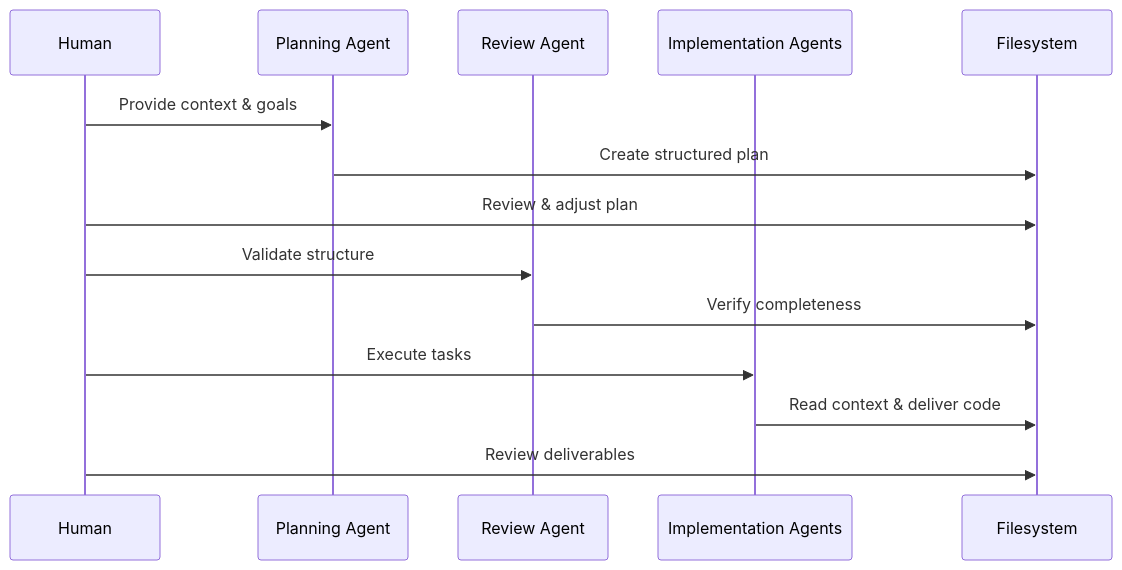
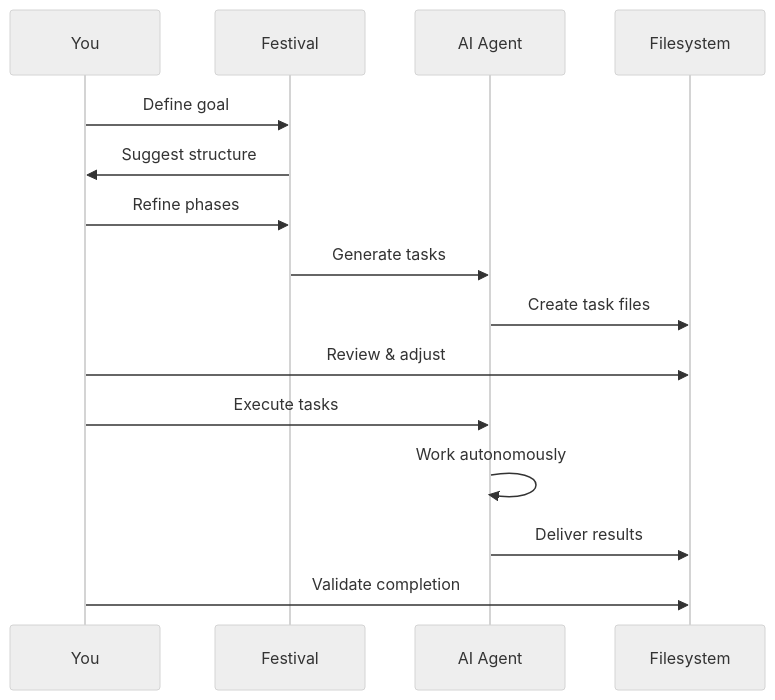
The fourth of 4 diagrams in README.md (lancekrogers/festival-methodology), drawn with Mermaid before and after one commit. The commit also changed other lines of this file, not shown here.

````diff
--- a/README.md
+++ b/README.md
@@ -325,17 +201,19 @@
 ```mermaid
+%%{init: {'theme':'neutral'}}%%
 sequenceDiagram
-    participant Human
-    participant Planning Agent
-    participant Review Agent
-    participant Implementation Agents
+    participant You
+    participant Festival
+    participant AI Agent
     participant Filesystem
-    
-    Human->>Planning Agent: Provide context & goals
-    Planning Agent->>Filesystem: Create structured plan
-    Human->>Filesystem: Review & adjust plan
-    Human->>Review Agent: Validate structure
-    Review Agent->>Filesystem: Verify completeness
-    Human->>Implementation Agents: Execute tasks
-    Implementation Agents->>Filesystem: Read context & deliver code
-    Human->>Filesystem: Review deliverables
+
+    You->>Festival: Define goal
+    Festival->>You: Suggest structure
+    You->>Festival: Refine phases
+    Festival->>AI Agent: Generate tasks
+    AI Agent->>Filesystem: Create task files
+    You->>Filesystem: Review & adjust
+    You->>AI Agent: Execute tasks
+    AI Agent->>AI Agent: Work autonomously
+    AI Agent->>Filesystem: Deliver results
+    You->>Filesystem: Validate completion
 ```
````
